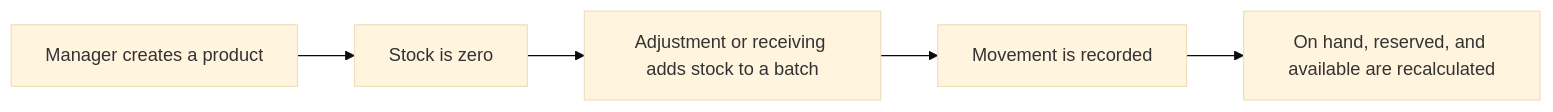
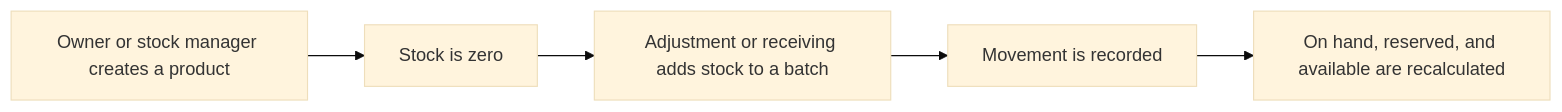
One commit to AhmedElnagarUU/Cosmo changed the diagram in docs/sub-plans/02-catalog-and-inventory.md. Above: the diagram before and after it, drawn with Mermaid (base theme). The commit also changed other lines of this file and 33 other files, not shown here.

````diff
--- a/docs/sub-plans/02-catalog-and-inventory.md
+++ b/docs/sub-plans/02-catalog-and-inventory.md
@@ -40,7 +40,7 @@
 ```mermaid
 flowchart LR
-    A[Manager creates a product] --> B[Stock is zero]
+    A[Owner or stock manager creates a product] --> B[Stock is zero]
     B --> C[Adjustment or receiving adds stock to a batch]
     C --> D[Movement is recorded]
     D --> E[On hand, reserved, and available are recalculated]
 ```
````
